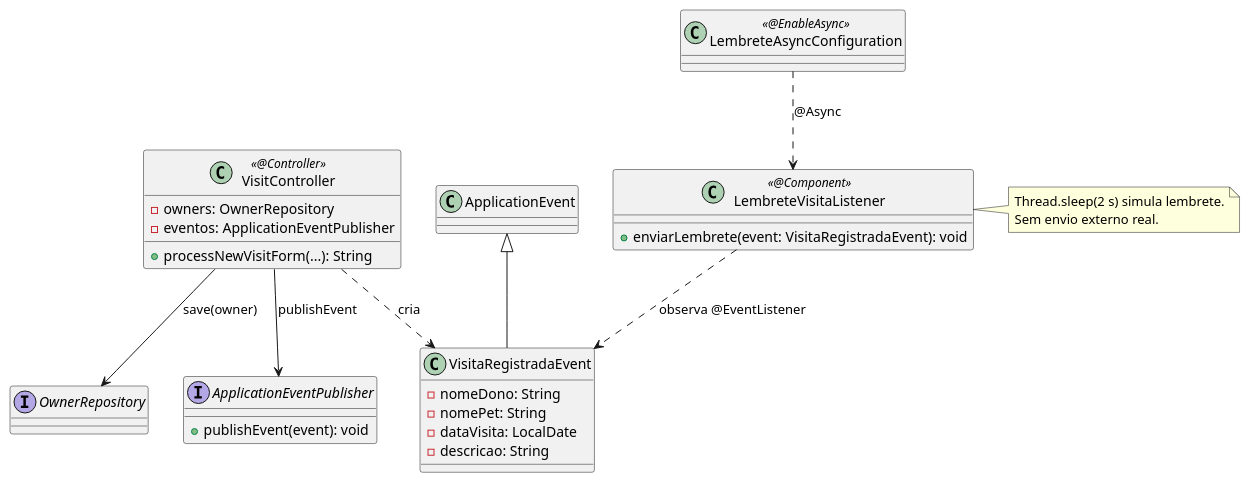
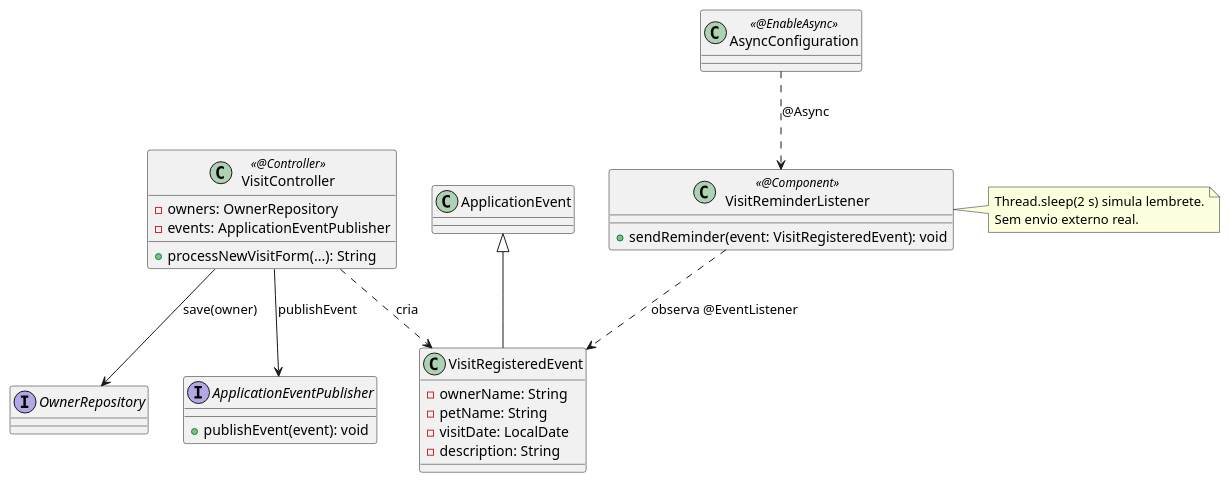
The diagram in docs/uml/puml/06_classes_observer.puml (GabrielKayran/spring-petclinic), drawn with PlantUML before and after one commit. The commit also changed 115 other files, not shown here.

```diff
--- a/docs/uml/puml/06_classes_observer.puml
+++ b/docs/uml/puml/06_classes_observer.puml
@@ -1,34 +1,34 @@
 @startuml
 skinparam backgroundColor white
 skinparam shadowing false
 class VisitController <<@Controller>> {
  - owners: OwnerRepository
- - eventos: ApplicationEventPublisher
+ - events: ApplicationEventPublisher
  + processNewVisitForm(...): String
 }
 interface OwnerRepository
 interface ApplicationEventPublisher {
  + publishEvent(event): void
 }
 class ApplicationEvent
-class VisitaRegistradaEvent {
- - nomeDono: String
- - nomePet: String
- - dataVisita: LocalDate
- - descricao: String
+class VisitRegisteredEvent {
+ - ownerName: String
+ - petName: String
+ - visitDate: LocalDate
+ - description: String
 }
-class LembreteVisitaListener <<@Component>> {
- + enviarLembrete(event: VisitaRegistradaEvent): void
+class VisitReminderListener <<@Component>> {
+ + sendReminder(event: VisitRegisteredEvent): void
 }
-class LembreteAsyncConfiguration <<@EnableAsync>>
-ApplicationEvent <|-- VisitaRegistradaEvent
+class AsyncConfiguration <<@EnableAsync>>
+ApplicationEvent <|-- VisitRegisteredEvent
 VisitController --> OwnerRepository : save(owner)
 VisitController --> ApplicationEventPublisher : publishEvent
-VisitController ..> VisitaRegistradaEvent : cria
-LembreteVisitaListener ..> VisitaRegistradaEvent : observa @EventListener
-LembreteAsyncConfiguration ..> LembreteVisitaListener : @Async
-note right of LembreteVisitaListener
+VisitController ..> VisitRegisteredEvent : cria
+VisitReminderListener ..> VisitRegisteredEvent : observa @EventListener
+AsyncConfiguration ..> VisitReminderListener : @Async
+note right of VisitReminderListener
   Thread.sleep(2 s) simula lembrete.
   Sem envio externo real.
 end note
 @enduml
```
